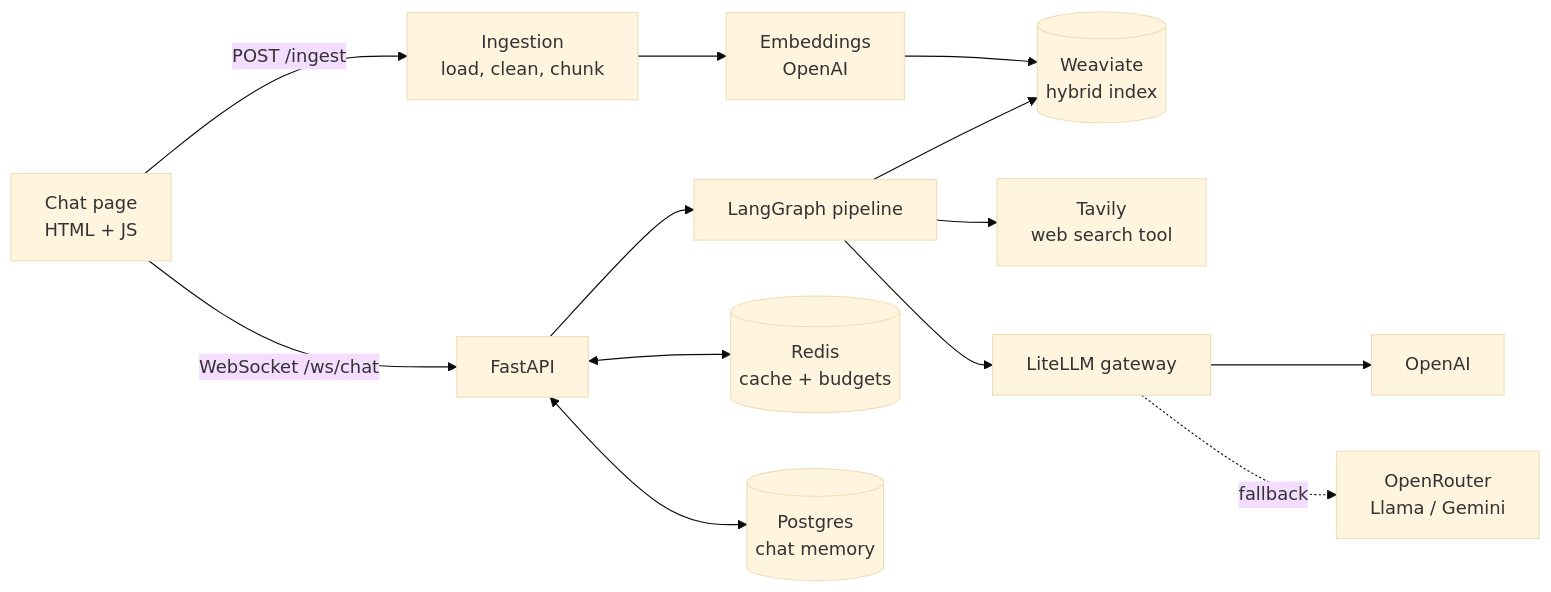
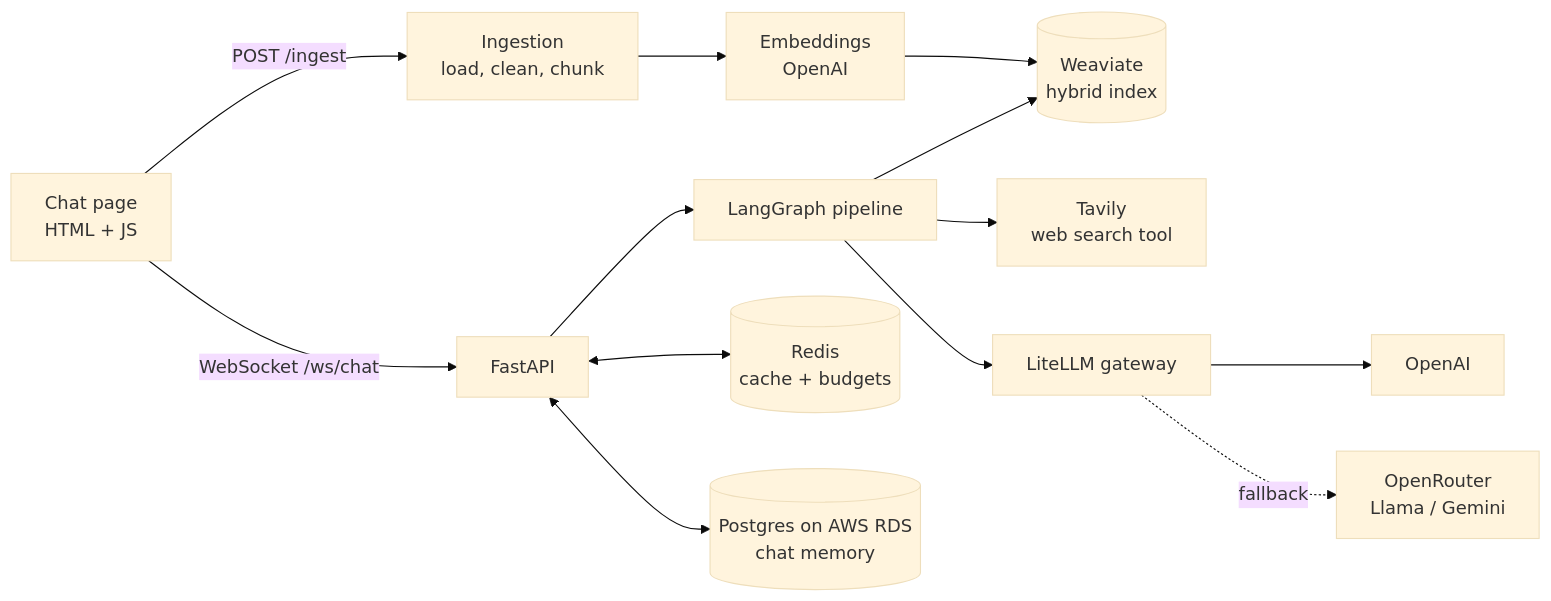
The first of 2 diagrams in README.md (Varsha-1605/Question-Answering-Chatbot), drawn with Mermaid (base theme) before and after one commit. The commit also changed other lines of this file, not shown here.

````diff
--- a/README.md
+++ b/README.md
@@ -46,15 +47,15 @@
 ```mermaid
 flowchart LR
     UI[Chat page<br/>HTML + JS] -- POST /ingest --> ING[Ingestion<br/>load, clean, chunk]
     UI -- WebSocket /ws/chat --> API[FastAPI]
     ING --> EMB[Embeddings<br/>OpenAI]
     EMB --> WV[(Weaviate<br/>hybrid index)]
     API --> G[LangGraph pipeline]
     G --> WV
     G --> WEB[Tavily<br/>web search tool]
     G --> GW[LiteLLM gateway]
     GW --> OAI[OpenAI]
     GW -. fallback .-> OR[OpenRouter<br/>Llama / Gemini]
     API <--> R[(Redis<br/>cache + budgets)]
-    API <--> PG[(Postgres<br/>chat memory)]
+    API <--> PG[(Postgres on AWS RDS<br/>chat memory)]
 ```
````
